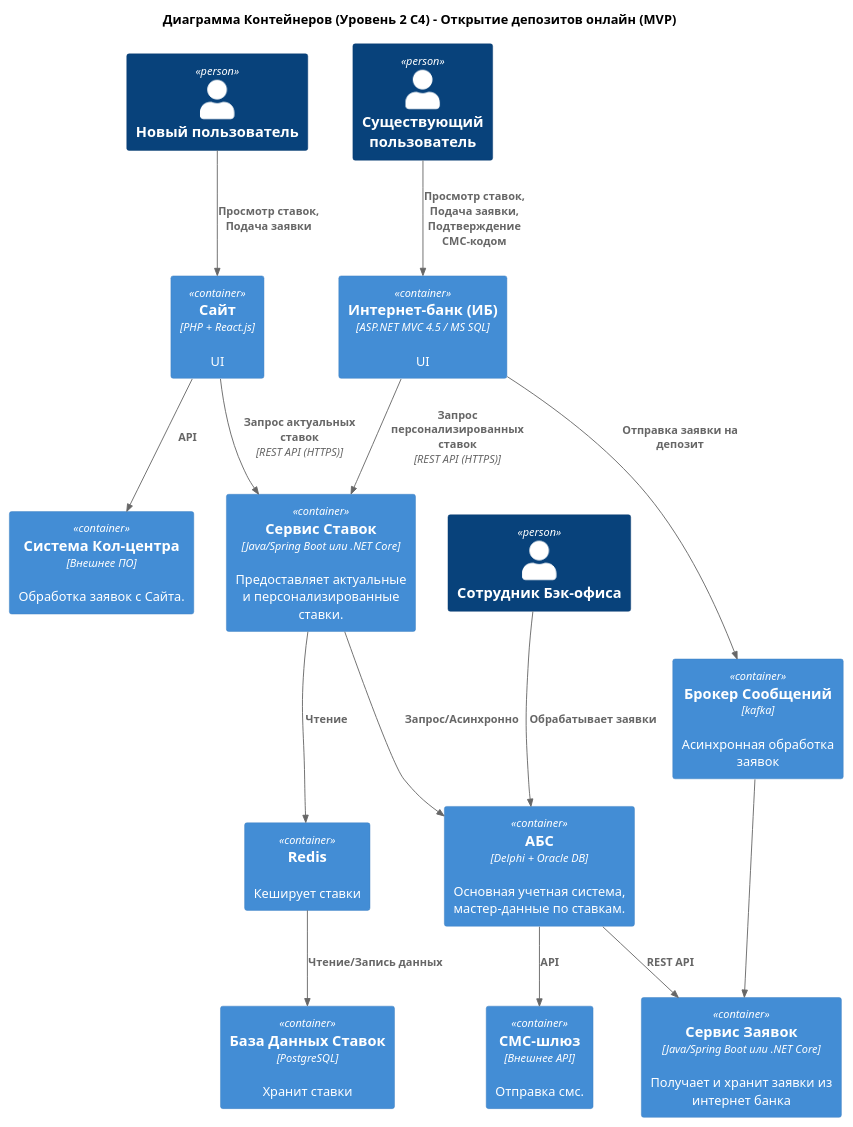
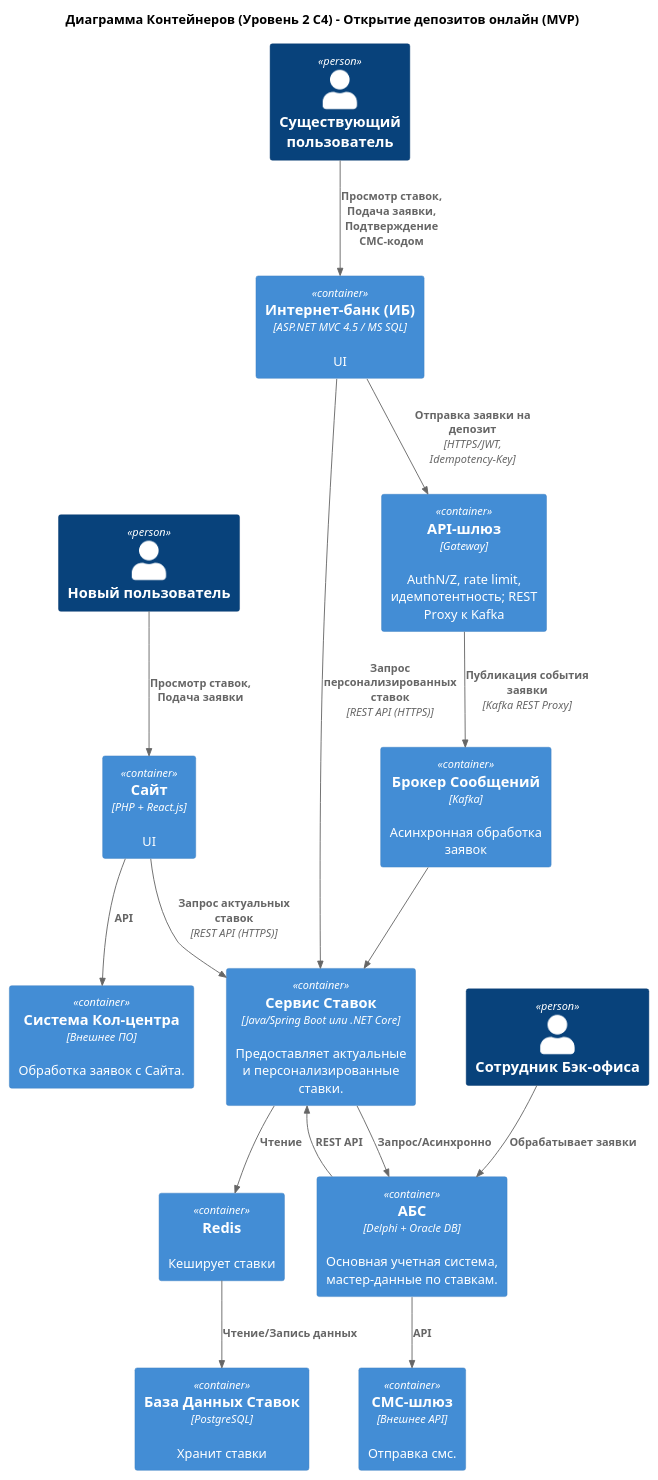
One commit to dmitryVargin/acrhitecture-pro-stakeholders changed the diagram in task3/Containers.puml. Above: the diagram before and after it, drawn with PlantUML. The commit also changed 2 other files, not shown here.

```diff
--- a/task3/Containers.puml
+++ b/task3/Containers.puml
@@ -2,42 +2,43 @@
 @startuml Containers
 !include https://raw.githubusercontent.com/plantuml-stdlib/C4-PlantUML/master/C4_Container.puml
 
 
 title Диаграмма Контейнеров (Уровень 2 C4) - Открытие депозитов онлайн (MVP)
 
 Person(new_user, "Новый пользователь")
 Person(nexisting_user, "Существующий пользователь")
 Person(bo_manager, "Сотрудник Бэк-офиса")
 
 
 Container(website, "Сайт", "PHP + React.js", "UI")
 Container(ib, "Интернет-банк (ИБ)", "ASP.NET MVC 4.5 / MS SQL","UI")
 Container(abs, "АБС", "Delphi + Oracle DB", "Основная учетная система, мастер-данные по ставкам.")
 Container(scc, "Система Кол-центра", "Внешнее ПО", "Обработка заявок с Сайта.")
 Container(sms_gateway, "СМС-шлюз", "Внешнее API", "Отправка смс.")
 Container(rates_service, "Сервис Ставок", "Java/Spring Boot или .NET Core", "Предоставляет актуальные и персонализированные ставки.")
 Container(rates_db, "База Данных Ставок", "PostgreSQL", "Хранит ставки")
 Container(redis, "Redis", , "Кеширует ставки")
-Container(application_service, "Сервис Заявок", "Java/Spring Boot или .NET Core", "Получает и хранит заявки из интернет банка")
-Container(kafka, "Брокер Сообщений", "kafka", "Асинхронная обработка заявок")
+Container(kafka, "Брокер Сообщений", "Kafka", "Асинхронная обработка заявок")
+Container(api_gateway, "API-шлюз", "Gateway", "AuthN/Z, rate limit, идемпотентность; REST Proxy к Kafka")
 
 
 Rel(new_user, website, "Просмотр ставок, Подача заявки")
 Rel(nexisting_user, ib, "Просмотр ставок, Подача заявки, Подтверждение СМС-кодом")
 Rel(bo_manager, abs, "Обрабатывает заявки")
 
 Rel(website, rates_service, "Запрос актуальных ставок", "REST API (HTTPS)")
 Rel(ib, rates_service, "Запрос персонализированных ставок", "REST API (HTTPS)")
 
 Rel(rates_service, redis, "Чтение")
 Rel(redis, rates_db, "Чтение/Запись данных")
 Rel(rates_service, abs, "Запрос/Асинхронно")
 
-Rel(ib, kafka, "Отправка заявки на депозит",)
-Rel(kafka, application_service, )
+Rel(ib, api_gateway, "Отправка заявки на депозит", "HTTPS/JWT, Idempotency-Key")
+Rel(api_gateway, kafka, "Публикация события заявки", "Kafka REST Proxy")
+Rel(kafka, rates_service, )
 
 Rel(website, scc, "API")
-Rel(abs, application_service,  "REST API")
+Rel(abs, rates_service,  "REST API")
 Rel(abs, sms_gateway,  "API")
 
 @enduml
```
